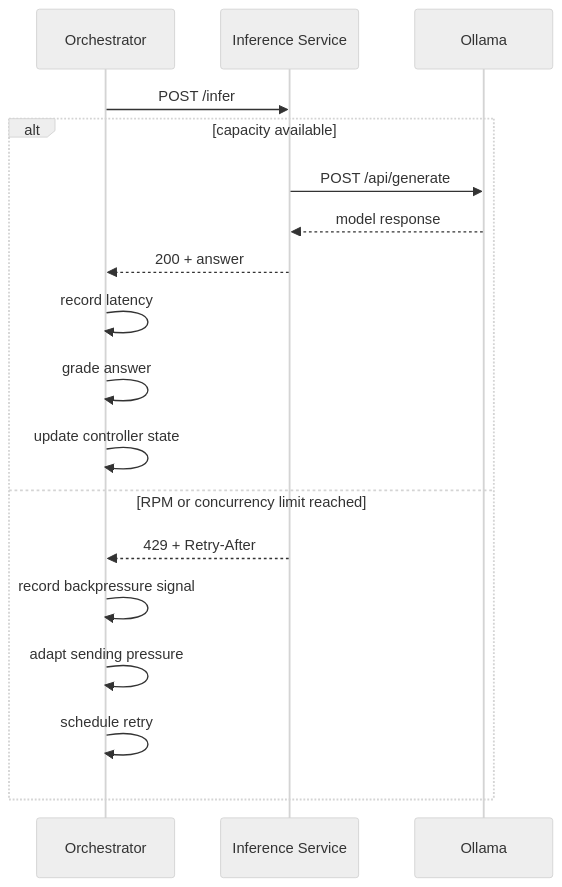
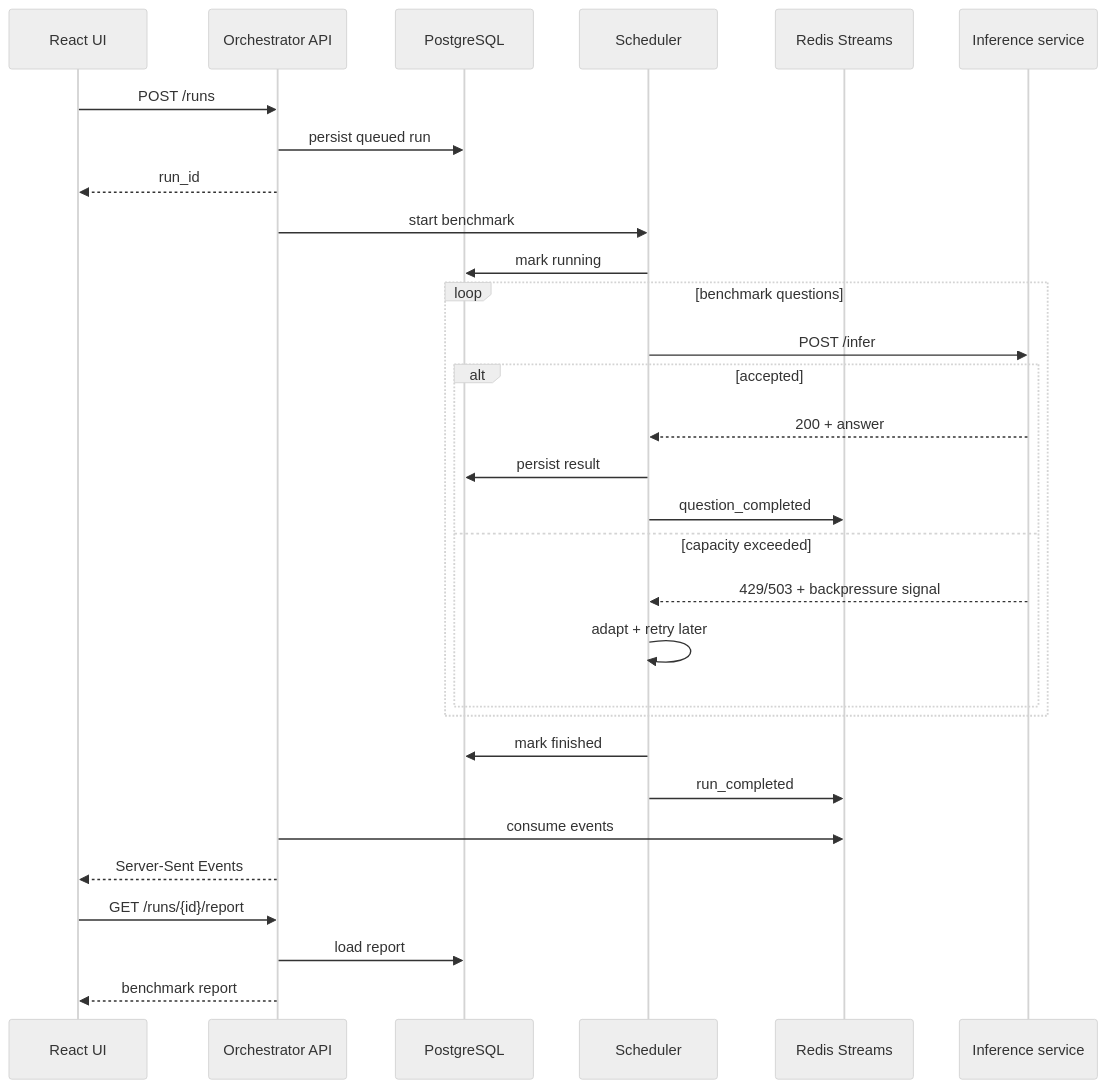
The second of 2 diagrams in README.md (NicolasLaube/benchmark-orchestration), drawn with Mermaid (neutral theme) before and after one commit. The commit also changed other lines of this file and 6 other files, not shown here.

````diff
--- a/README.md
+++ b/README.md
@@ -223,22 +80,36 @@
 ```mermaid
 sequenceDiagram
-    participant O as Orchestrator
-    participant S as Inference Service
-    participant M as Ollama
+    participant UI as React UI
+    participant API as Orchestrator API
+    participant DB as PostgreSQL
+    participant W as Scheduler
+    participant R as Redis Streams
+    participant I as Inference service
 
-    O->>S: POST /infer
+    UI->>API: POST /runs
+    API->>DB: persist queued run
+    API-->>UI: run_id
 
-    alt capacity available
-        S->>M: POST /api/generate
-        M-->>S: model response
-        S-->>O: 200 + answer
-        O->>O: record latency
-        O->>O: grade answer
-        O->>O: update controller state
-    else RPM or concurrency limit reached
-        S-->>O: 429 + Retry-After
-        O->>O: record backpressure signal
-        O->>O: adapt sending pressure
-        O->>O: schedule retry
+    API->>W: start benchmark
+    W->>DB: mark running
+
+    loop benchmark questions
+        W->>I: POST /infer
+        alt accepted
+            I-->>W: 200 + answer
+            W->>DB: persist result
+            W->>R: question_completed
+        else capacity exceeded
+            I-->>W: 429/503 + backpressure signal
+            W->>W: adapt + retry later
+        end
     end
+
+    W->>DB: mark finished
+    W->>R: run_completed
+    API->>R: consume events
+    API-->>UI: Server-Sent Events
+    UI->>API: GET /runs/{id}/report
+    API->>DB: load report
+    API-->>UI: benchmark report
 ```
````
